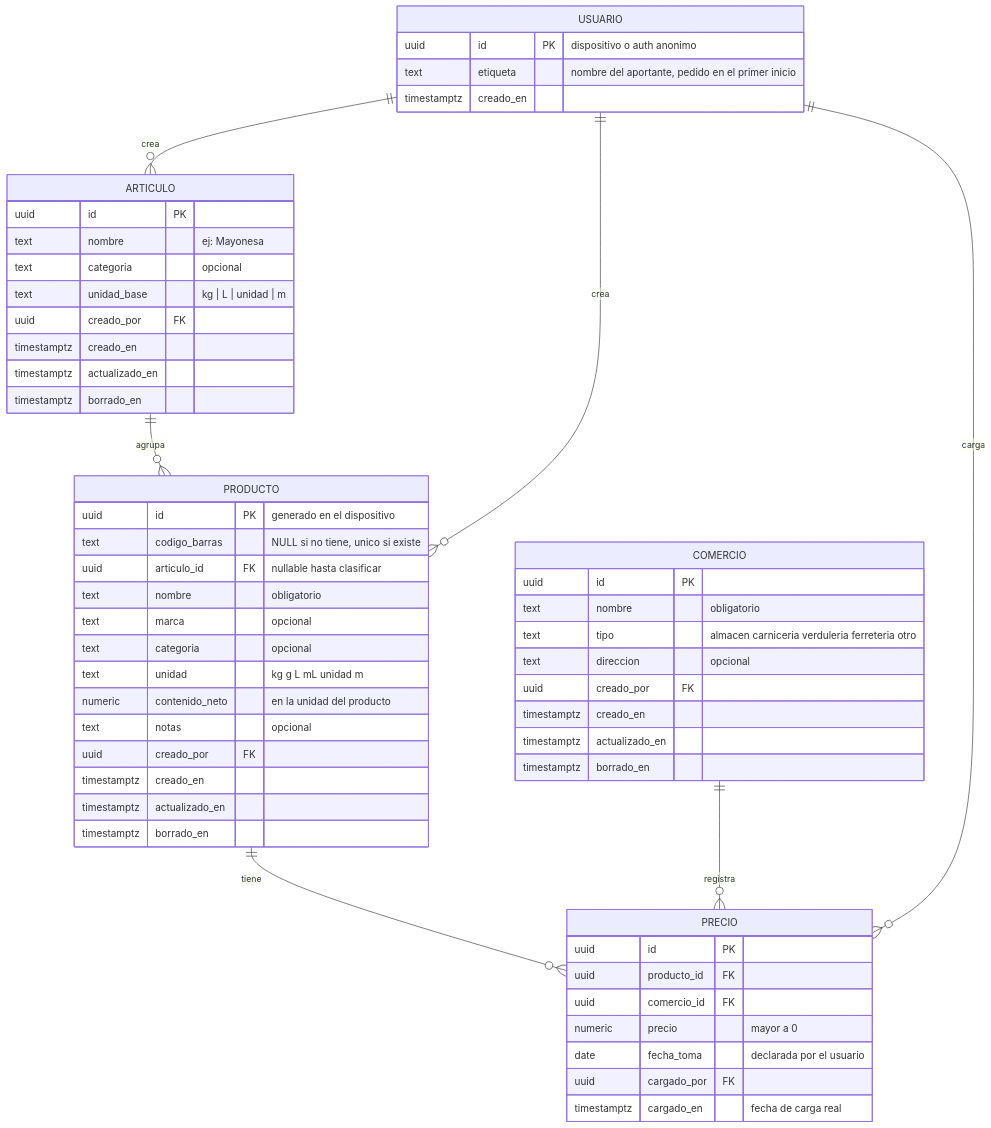
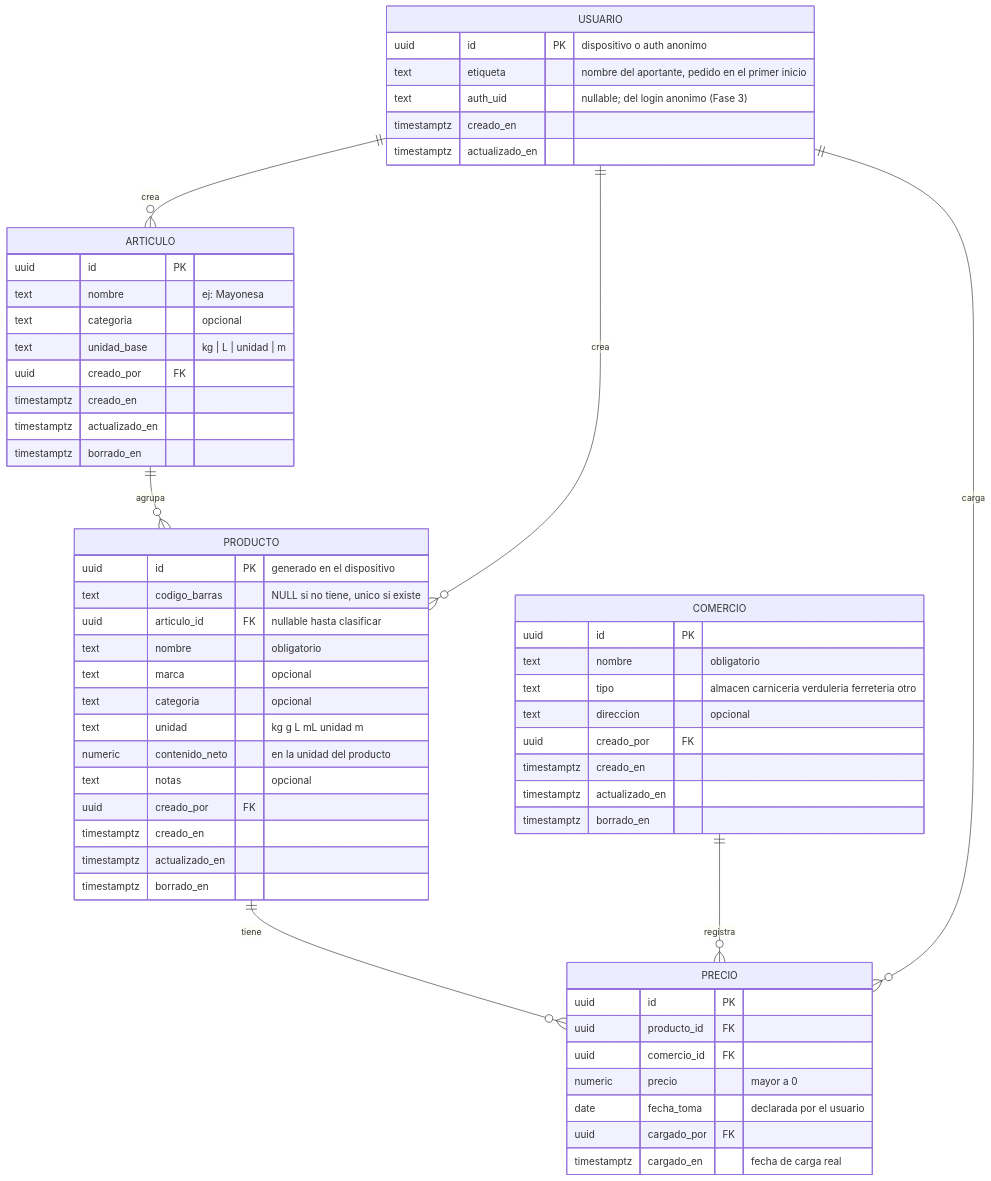
One commit to joriza/seguidor-precios changed the diagram in docs/modelo-de-datos.md. Above: the diagram before and after it, drawn with Mermaid. The commit also changed other lines of this file and 7 other files, not shown here.

````diff
--- a/docs/modelo-de-datos.md
+++ b/docs/modelo-de-datos.md
@@ -13,59 +13,61 @@
 ```mermaid
 erDiagram
     ARTICULO ||--o{ PRODUCTO : "agrupa"
     PRODUCTO ||--o{ PRECIO : "tiene"
     COMERCIO ||--o{ PRECIO : "registra"
     USUARIO ||--o{ ARTICULO : "crea"
     USUARIO ||--o{ PRODUCTO : "crea"
     USUARIO ||--o{ PRECIO : "carga"
 
     ARTICULO {
         uuid id PK
         text nombre "ej: Mayonesa"
         text categoria "opcional"
         text unidad_base "kg | L | unidad | m"
         uuid creado_por FK
         timestamptz creado_en
         timestamptz actualizado_en
         timestamptz borrado_en
     }
     PRODUCTO {
         uuid id PK "generado en el dispositivo"
         text codigo_barras "NULL si no tiene, unico si existe"
         uuid articulo_id FK "nullable hasta clasificar"
         text nombre "obligatorio"
         text marca "opcional"
         text categoria "opcional"
         text unidad "kg g L mL unidad m"
         numeric contenido_neto "en la unidad del producto"
         text notas "opcional"
         uuid creado_por FK
         timestamptz creado_en
         timestamptz actualizado_en
         timestamptz borrado_en
     }
     COMERCIO {
         uuid id PK
         text nombre "obligatorio"
         text tipo "almacen carniceria verduleria ferreteria otro"
         text direccion "opcional"
         uuid creado_por FK
         timestamptz creado_en
         timestamptz actualizado_en
         timestamptz borrado_en
     }
     PRECIO {
         uuid id PK
         uuid producto_id FK
         uuid comercio_id FK
         numeric precio "mayor a 0"
         date fecha_toma "declarada por el usuario"
         uuid cargado_por FK
         timestamptz cargado_en "fecha de carga real"
     }
     USUARIO {
         uuid id PK "dispositivo o auth anonimo"
         text etiqueta "nombre del aportante, pedido en el primer inicio"
+        text auth_uid "nullable; del login anonimo (Fase 3)"
         timestamptz creado_en
+        timestamptz actualizado_en
     }
 ```
````
